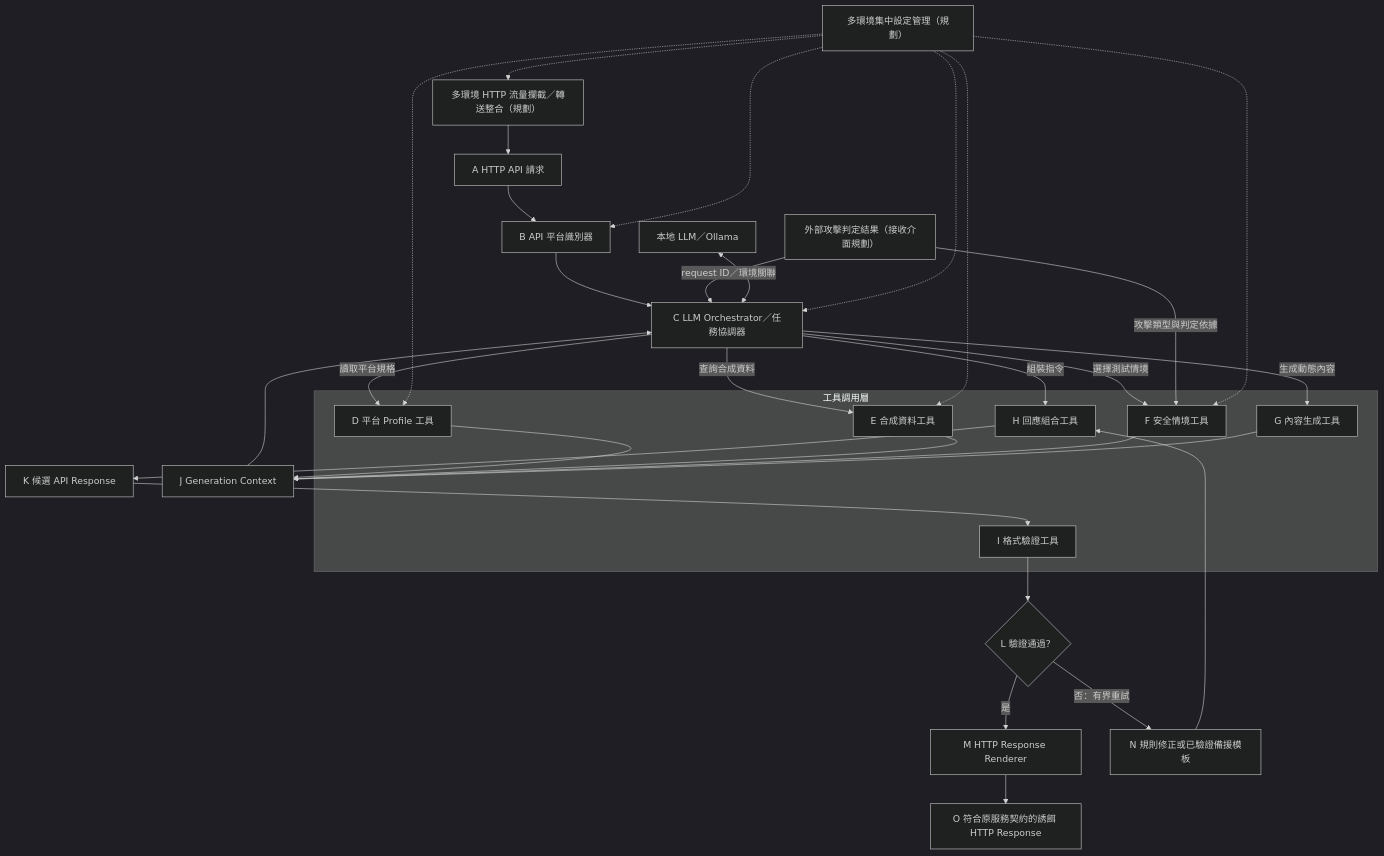
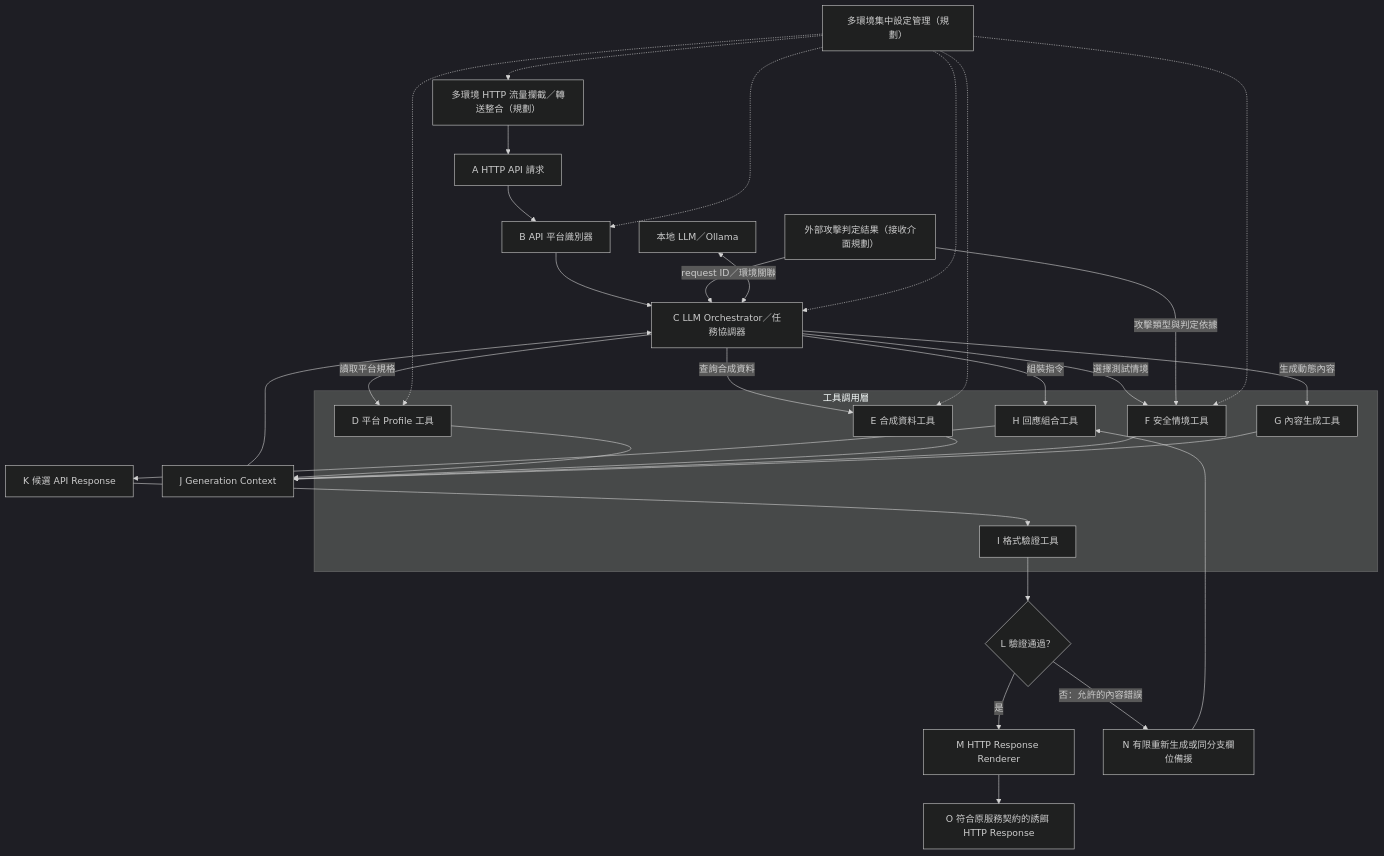
Before and after one commit to IAN40070510/Mirage_API: the diagram in README.md, drawn with Mermaid (dark theme). The commit also changed other lines of this file and 24 other files, not shown here.

````diff
--- a/README.md
+++ b/README.md
@@ -39,40 +39,40 @@
 ```mermaid
 flowchart TB
     R["多環境 HTTP 流量攔截／轉送整合（規劃）"] --> A
     A["A HTTP API 請求"] --> B["B API 平台識別器"]
     B --> C["C LLM Orchestrator／任務協調器"]
     Q["外部攻擊判定結果（接收介面規劃）"] -->|request ID／環境關聯| C
     subgraph TOOLS["工具調用層"]
         D["D 平台 Profile 工具"]
         E["E 合成資料工具"]
         F["F 安全情境工具"]
         G["G 內容生成工具"]
         H["H 回應組合工具"]
         I["I 格式驗證工具"]
     end
     C -->|讀取平台規格| D
     C -->|查詢合成資料| E
     C -->|選擇測試情境| F
     Q -->|攻擊類型與判定依據| F
     C -->|生成動態內容| G
     D --> J["J Generation Context"]
     E --> J
     F --> J
     G --> J
     J --> C
     C -->|組裝指令| H
     H --> K["K 候選 API Response"]
     K --> I
     I --> L{"L 驗證通過？"}
     L -->|是| M["M HTTP Response Renderer"]
-    L -->|否：有界重試| N["N 規則修正或已驗證備援模板"]
+    L -->|否：允許的內容錯誤| N["N 有限重新生成或同分支欄位備援"]
     N --> H
     M --> O["O 符合原服務契約的誘餌 HTTP Response"]
     P["本地 LLM／Ollama"] <--> C
     T["多環境集中設定管理（規劃）"] -.-> R
     T -.-> B
     T -.-> C
     T -.-> D
     T -.-> E
     T -.-> F
 ```
````
